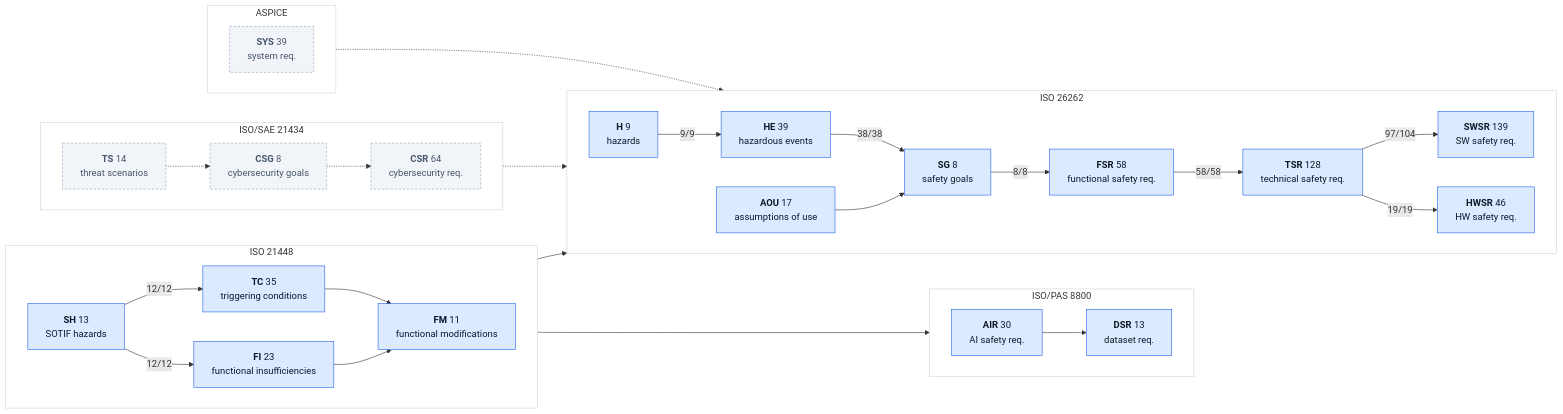
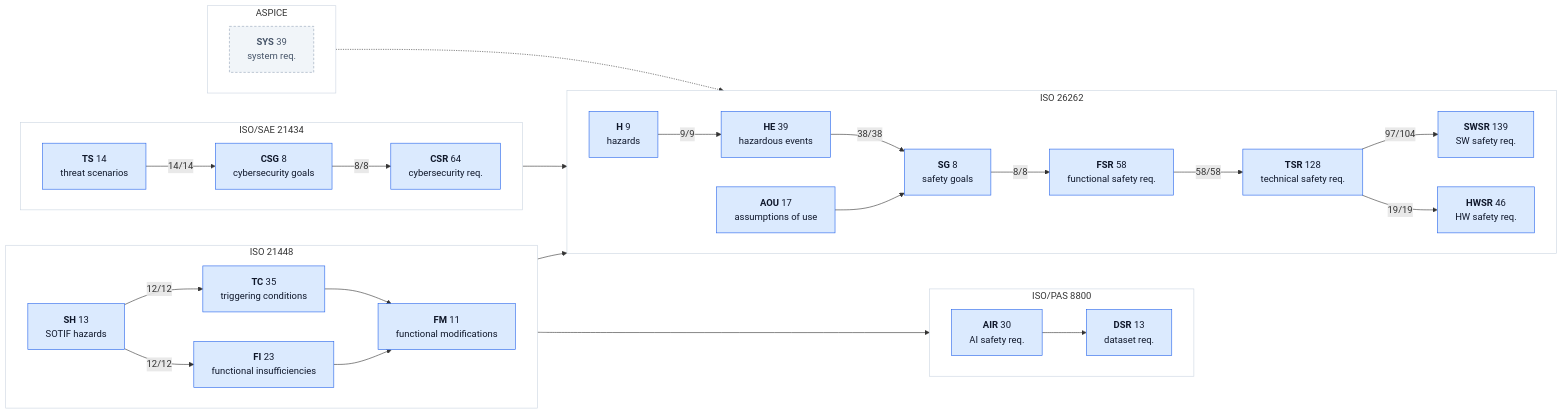
One commit to jherrodthomas/LionDriver changed the second of 2 diagrams in assurance/trace/maps/aspice-trace-map.md. Above: the diagram before and after it, drawn with Mermaid. The commit also changed other lines of this file and 16 other files, not shown here.

````diff
--- a/assurance/trace/maps/aspice-trace-map.md
+++ b/assurance/trace/maps/aspice-trace-map.md
@@ -188,61 +188,61 @@
 ```mermaid
 flowchart LR
   subgraph ISO26262["ISO 26262"]
     direction LR
     kH["<b>H</b> 9<br/>hazards"]:::traced
     kHE["<b>HE</b> 39<br/>hazardous events"]:::traced
     kSG["<b>SG</b> 8<br/>safety goals"]:::traced
     kFSR["<b>FSR</b> 58<br/>functional safety req."]:::traced
     kTSR["<b>TSR</b> 128<br/>technical safety req."]:::traced
     kSWSR["<b>SWSR</b> 139<br/>SW safety req."]:::traced
     kHWSR["<b>HWSR</b> 46<br/>HW safety req."]:::traced
     kAOU["<b>AOU</b> 17<br/>assumptions of use"]:::traced
   end
   style ISO26262 fill:#FFFFFF,stroke:#CBD5E1
   subgraph ISO21448["ISO 21448"]
     direction LR
     kSH["<b>SH</b> 13<br/>SOTIF hazards"]:::traced
     kTC["<b>TC</b> 35<br/>triggering conditions"]:::traced
     kFI["<b>FI</b> 23<br/>functional insufficiencies"]:::traced
     kFM["<b>FM</b> 11<br/>functional modifications"]:::traced
   end
   style ISO21448 fill:#FFFFFF,stroke:#CBD5E1
   subgraph ISOPAS8800["ISO/PAS 8800"]
     direction LR
     kAIR["<b>AIR</b> 30<br/>AI safety req."]:::traced
     kDSR["<b>DSR</b> 13<br/>dataset req."]:::traced
   end
   style ISOPAS8800 fill:#FFFFFF,stroke:#CBD5E1
   subgraph ISOSAE21434["ISO/SAE 21434"]
     direction LR
-    kTS["<b>TS</b> 14<br/>threat scenarios"]:::doc
-    kCSG["<b>CSG</b> 8<br/>cybersecurity goals"]:::doc
-    kCSR["<b>CSR</b> 64<br/>cybersecurity req."]:::doc
+    kTS["<b>TS</b> 14<br/>threat scenarios"]:::traced
+    kCSG["<b>CSG</b> 8<br/>cybersecurity goals"]:::traced
+    kCSR["<b>CSR</b> 64<br/>cybersecurity req."]:::traced
   end
   style ISOSAE21434 fill:#FFFFFF,stroke:#CBD5E1
   subgraph ASPICE["ASPICE"]
     direction LR
     kSYS["<b>SYS</b> 39<br/>system req."]:::doc
   end
   style ASPICE fill:#FFFFFF,stroke:#CBD5E1
   kH -->|"9/9"| kHE
   kHE -->|"38/38"| kSG
   kSG -->|"8/8"| kFSR
   kFSR -->|"58/58"| kTSR
   kTSR -->|"97/104"| kSWSR
   kTSR -->|"19/19"| kHWSR
   kAOU --> kSG
   kSH -->|"12/12"| kTC
   kSH -->|"12/12"| kFI
   kTC --> kFM
   kFI --> kFM
   kSH --> kH
   kFI --> kAIR
   kAIR --> kDSR
-  kTS -.-> kCSG
-  kCSG -.-> kCSR
-  kCSG -.-> kSG
+  kTS -->|"14/14"| kCSG
+  kCSG -->|"8/8"| kCSR
+  kCSG --> kSG
   kSYS -.-> kTSR
   classDef traced fill:#DBEAFE,stroke:#2563EB,color:#0F172A
   classDef doc fill:#F1F5F9,stroke:#94A3B8,stroke-dasharray:4 3,color:#475569
 ```
````
